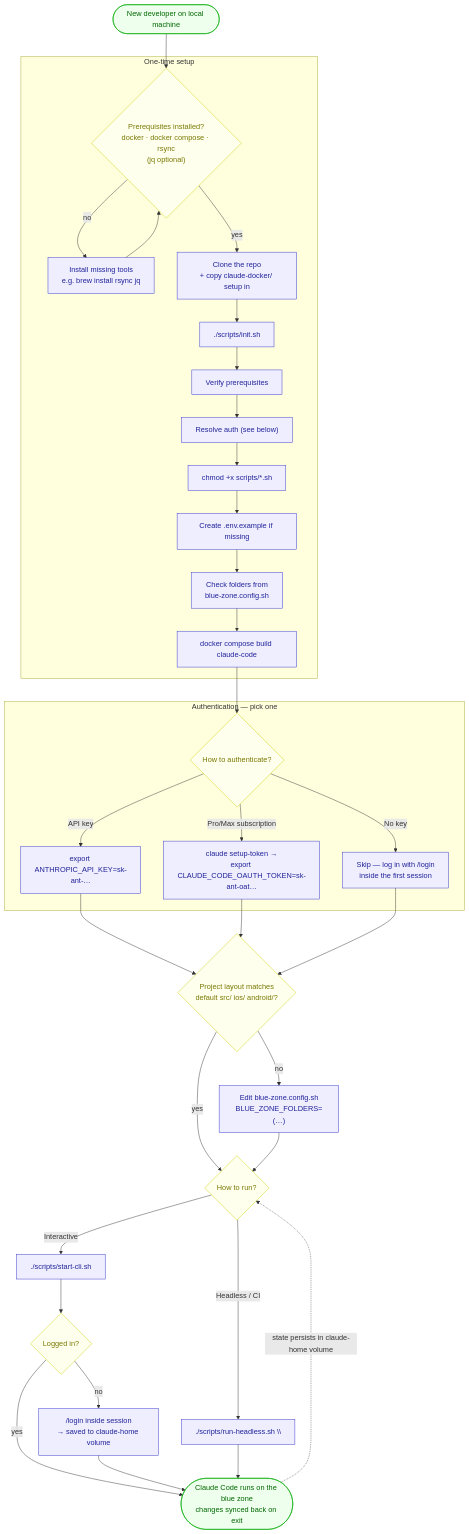
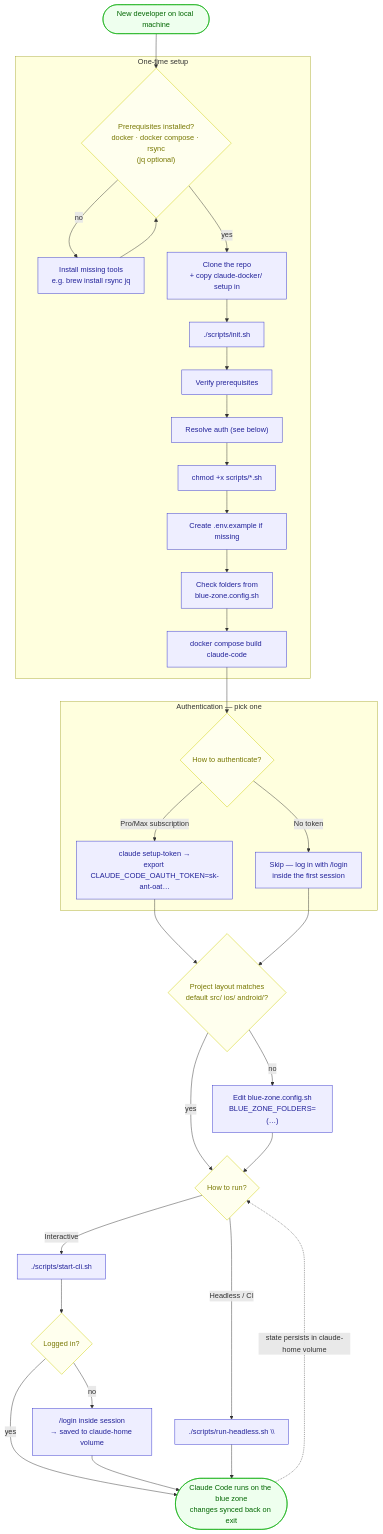
The diagram in claude-docker/docs/dev-setup-flow.md (matviyiv/RedBlue), drawn with Mermaid before and after one commit. The commit also changed other lines of this file and 15 other files, not shown here.

First line of the commit message:
Remove ANTHROPIC_API_KEY as a Claude auth method

````diff
--- a/claude-docker/docs/dev-setup-flow.md
+++ b/claude-docker/docs/dev-setup-flow.md
@@ -7,56 +7,54 @@
 ```mermaid
 flowchart TD
     start(["New developer on local machine"]) --> prereq
 
     subgraph oneoff["One-time setup"]
         prereq{"Prerequisites installed?<br/>docker · docker compose · rsync<br/>(jq optional)"}
         prereq -->|no| install["Install missing tools<br/>e.g. brew install rsync jq"]
         install --> prereq
         prereq -->|yes| clone["Clone the repo<br/>+ copy claude-docker/ setup in"]
         clone --> init["./scripts/init.sh"]
 
         init --> i_prereq["Verify prerequisites"]
         i_prereq --> i_auth["Resolve auth (see below)"]
         i_auth --> i_perm["chmod +x scripts/*.sh"]
         i_perm --> i_env["Create .env.example if missing"]
         i_env --> i_folders["Check folders from<br/>blue-zone.config.sh"]
         i_folders --> i_build["docker compose build claude-code"]
     end
 
     i_build --> authq{"How to authenticate?"}
 
     subgraph auth["Authentication — pick one"]
-        authq -->|API key| a1["export ANTHROPIC_API_KEY=sk-ant-…"]
         authq -->|Pro/Max subscription| a2["claude setup-token →<br/>export CLAUDE_CODE_OAUTH_TOKEN=sk-ant-oat…"]
-        authq -->|No key| a3["Skip — log in with /login<br/>inside the first session"]
+        authq -->|No token| a3["Skip — log in with /login<br/>inside the first session"]
     end
 
-    a1 --> cfg
     a2 --> cfg
     a3 --> cfg
 
     cfg{"Project layout matches<br/>default src/ ios/ android/?"}
     cfg -->|no| edit["Edit blue-zone.config.sh<br/>BLUE_ZONE_FOLDERS=(…)"]
     cfg -->|yes| choose
     edit --> choose
 
     choose{"How to run?"}
     choose -->|Interactive| cli["./scripts/start-cli.sh"]
     choose -->|Headless / CI| hl["./scripts/run-headless.sh \"<prompt>\""]
 
     cli --> login{"Logged in?"}
     login -->|no| dologin["/login inside session<br/>→ saved to claude-home volume"]
     login -->|yes| session
     dologin --> session
 
     hl --> session
     session(["Claude Code runs on the blue zone<br/>changes synced back on exit"])
     session -.->|"state persists in claude-home volume"| choose
 
     classDef step fill:#eef,stroke:#33c,color:#229;
     classDef done fill:#efe,stroke:#0a0,color:#060;
     classDef decision fill:#ffe,stroke:#cc0,color:#770;
-    class init,i_prereq,i_auth,i_perm,i_env,i_folders,i_build,a1,a2,a3,edit,cli,hl,dologin,clone,install step;
+    class init,i_prereq,i_auth,i_perm,i_env,i_folders,i_build,a2,a3,edit,cli,hl,dologin,clone,install step;
     class start,session done;
     class prereq,authq,cfg,choose,login decision;
 ```
````
